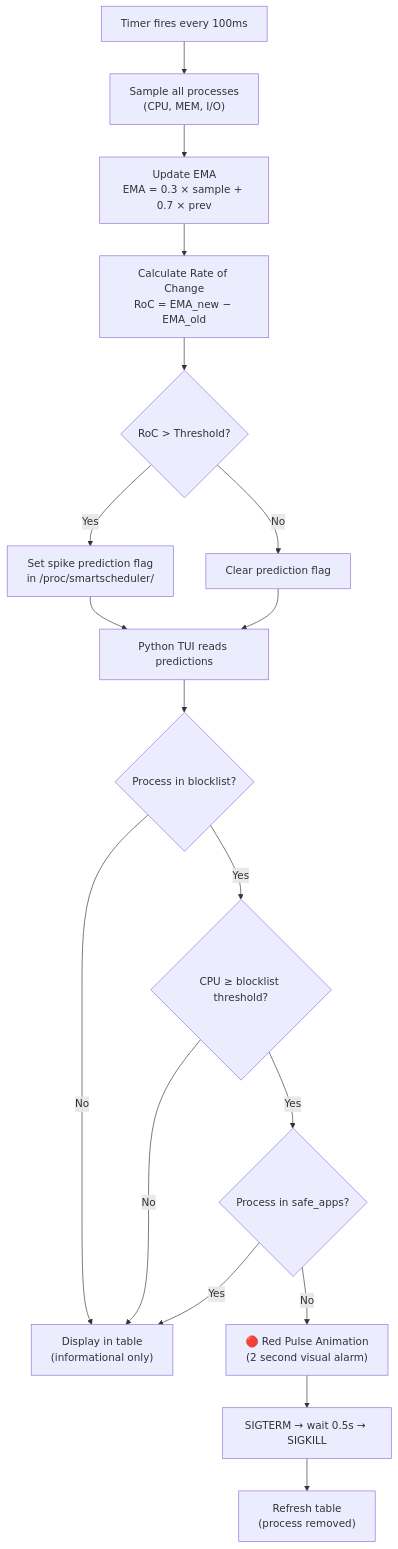
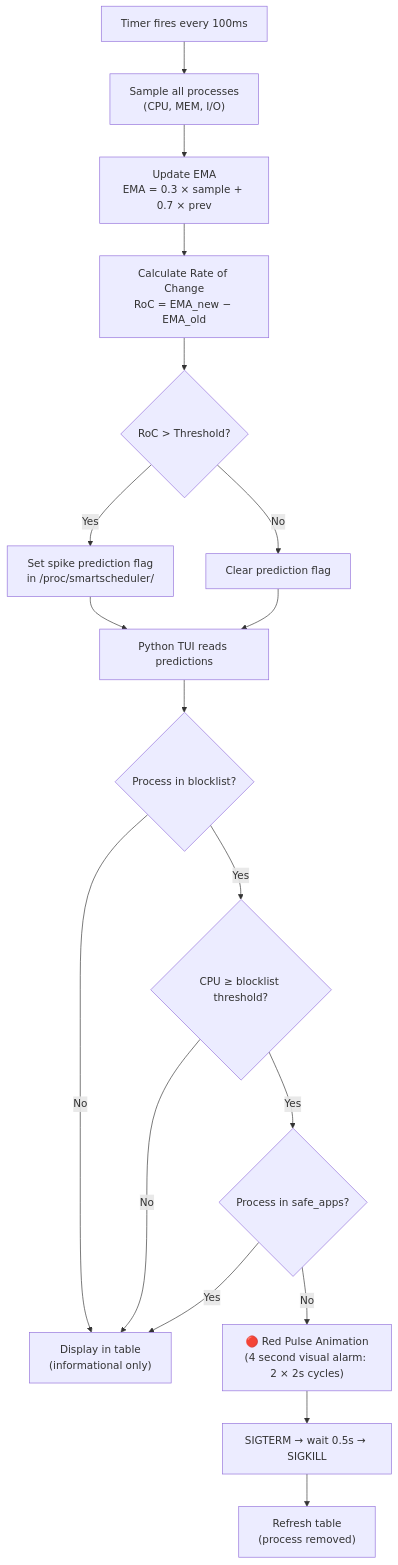
Before and after one commit to bleng0/smartkernelmodule: the first of 2 diagrams in README.md, drawn with Mermaid. The commit also changed other lines of this file, not shown here.

Commit message:
Docs: Synchronize README with codebase after full audit. Corrected animation timing and configuration fields.

````diff
--- a/README.md
+++ b/README.md
@@ -50,20 +50,20 @@
 ```mermaid
 flowchart TD
     A["Timer fires every 100ms"] --> B["Sample all processes\n(CPU, MEM, I/O)"]
     B --> C["Update EMA\nEMA = 0.3 × sample + 0.7 × prev"]
     C --> D["Calculate Rate of Change\nRoC = EMA_new − EMA_old"]
     D --> E{"RoC > Threshold?"}
     E -- Yes --> F["Set spike prediction flag\nin /proc/smartscheduler/"]
     E -- No --> G["Clear prediction flag"]
     F --> H["Python TUI reads predictions"]
     G --> H
     H --> I{"Process in blocklist?"}
     I -- No --> J["Display in table\n(informational only)"]
     I -- Yes --> K{"CPU ≥ blocklist threshold?"}
     K -- No --> J
     K -- Yes --> L{"Process in safe_apps?"}
     L -- Yes --> J
-    L -- No --> M["🔴 Red Pulse Animation\n(2 second visual alarm)"]
+    L -- No --> M["🔴 Red Pulse Animation\n(4 second visual alarm: 2 × 2s cycles)"]
     M --> N["SIGTERM → wait 0.5s → SIGKILL"]
     N --> O["Refresh table\n(process removed)"]
 ```
````
